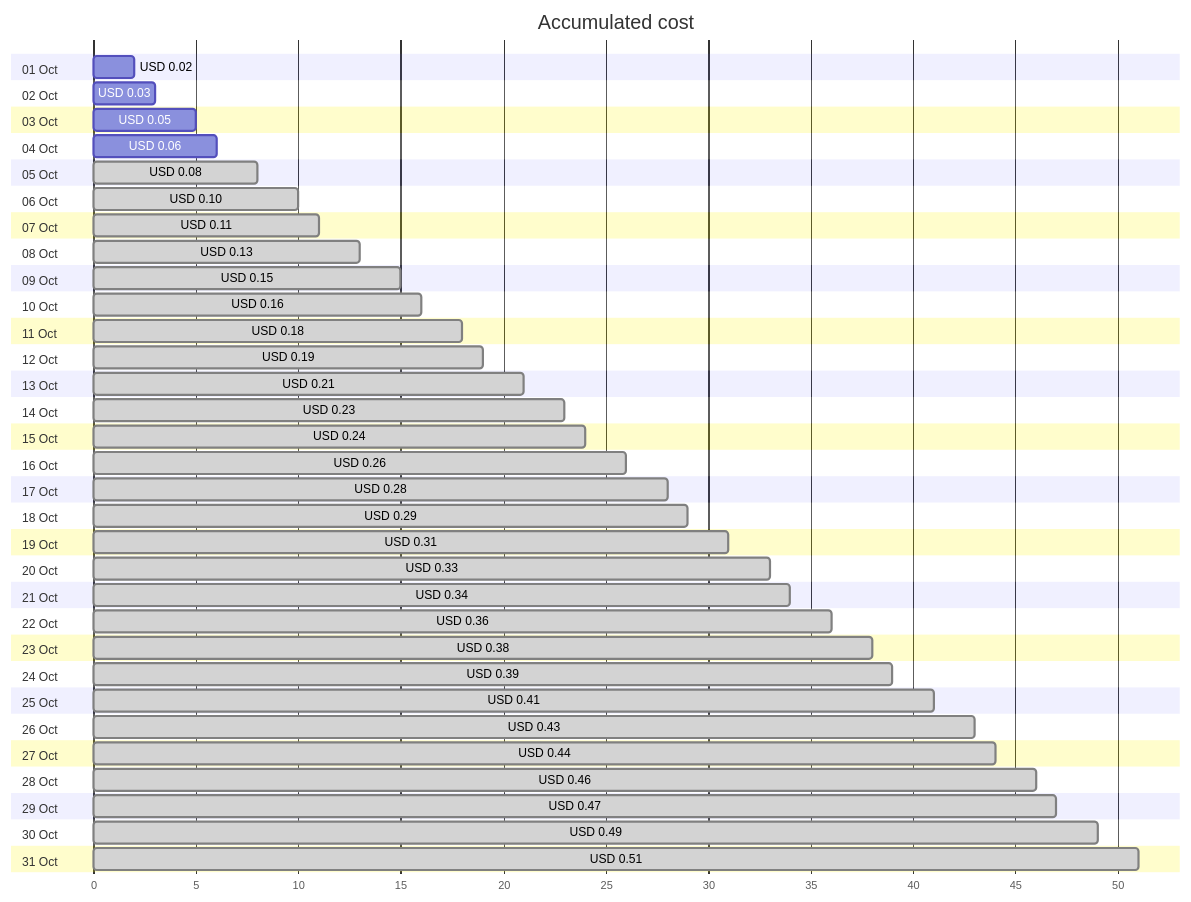
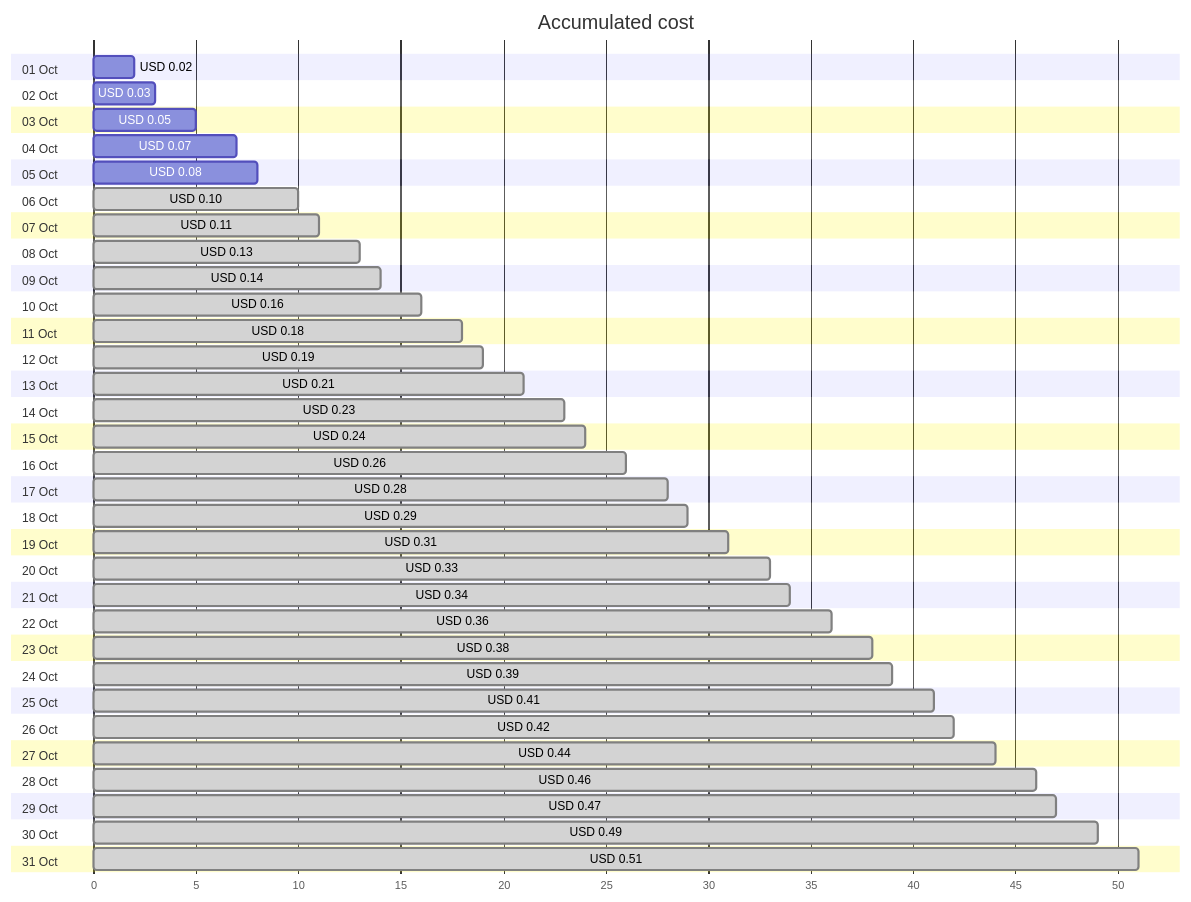
One commit to jpfulton/azure-personal-reports changed the first of 4 diagrams in cost-reports/personal-dns/jpatrickfulton.dev.md. Above: the diagram before and after it, drawn with Mermaid. The commit also changed other lines of this file and 2 other files, not shown here.

````diff
--- a/cost-reports/personal-dns/jpatrickfulton.dev.md
+++ b/cost-reports/personal-dns/jpatrickfulton.dev.md
@@ -20,68 +20,68 @@
 ```mermaid
 gantt
    title Accumulated cost
    dateFormat  X
    axisFormat %s
    section 01 Oct
    USD 0.02 :0, 2
    section 02 Oct
    USD 0.03 :0, 3
    section 03 Oct
    USD 0.05 :0, 5
    section 04 Oct
-   USD 0.06 :0, 6
+   USD 0.07 :0, 7
    section 05 Oct
-   USD 0.08 : done, 0, 8
+   USD 0.08 :0, 8
    section 06 Oct
    USD 0.10 : done, 0, 10
    section 07 Oct
    USD 0.11 : done, 0, 11
    section 08 Oct
    USD 0.13 : done, 0, 13
    section 09 Oct
-   USD 0.15 : done, 0, 15
+   USD 0.14 : done, 0, 14
    section 10 Oct
    USD 0.16 : done, 0, 16
    section 11 Oct
    USD 0.18 : done, 0, 18
    section 12 Oct
    USD 0.19 : done, 0, 19
    section 13 Oct
    USD 0.21 : done, 0, 21
    section 14 Oct
    USD 0.23 : done, 0, 23
    section 15 Oct
    USD 0.24 : done, 0, 24
    section 16 Oct
    USD 0.26 : done, 0, 26
    section 17 Oct
    USD 0.28 : done, 0, 28
    section 18 Oct
    USD 0.29 : done, 0, 29
    section 19 Oct
    USD 0.31 : done, 0, 31
    section 20 Oct
    USD 0.33 : done, 0, 33
    section 21 Oct
    USD 0.34 : done, 0, 34
    section 22 Oct
    USD 0.36 : done, 0, 36
    section 23 Oct
    USD 0.38 : done, 0, 38
    section 24 Oct
    USD 0.39 : done, 0, 39
    section 25 Oct
    USD 0.41 : done, 0, 41
    section 26 Oct
-   USD 0.43 : done, 0, 43
+   USD 0.42 : done, 0, 42
    section 27 Oct
    USD 0.44 : done, 0, 44
    section 28 Oct
    USD 0.46 : done, 0, 46
    section 29 Oct
    USD 0.47 : done, 0, 47
    section 30 Oct
    USD 0.49 : done, 0, 49
    section 31 Oct
    USD 0.51 : done, 0, 51
 ```
````
